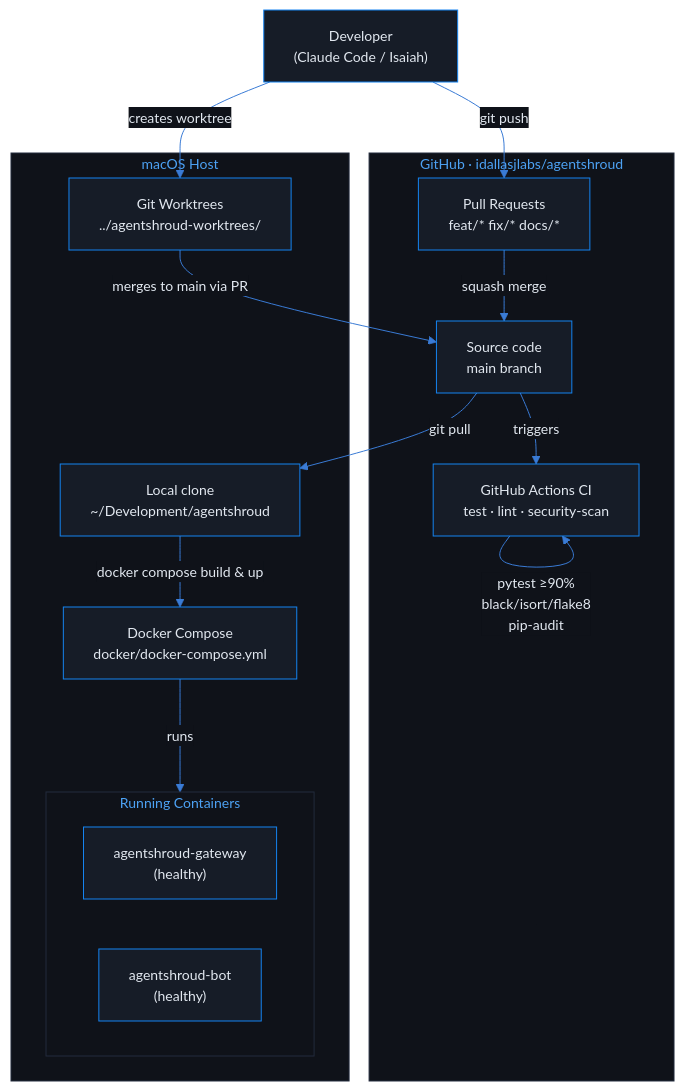
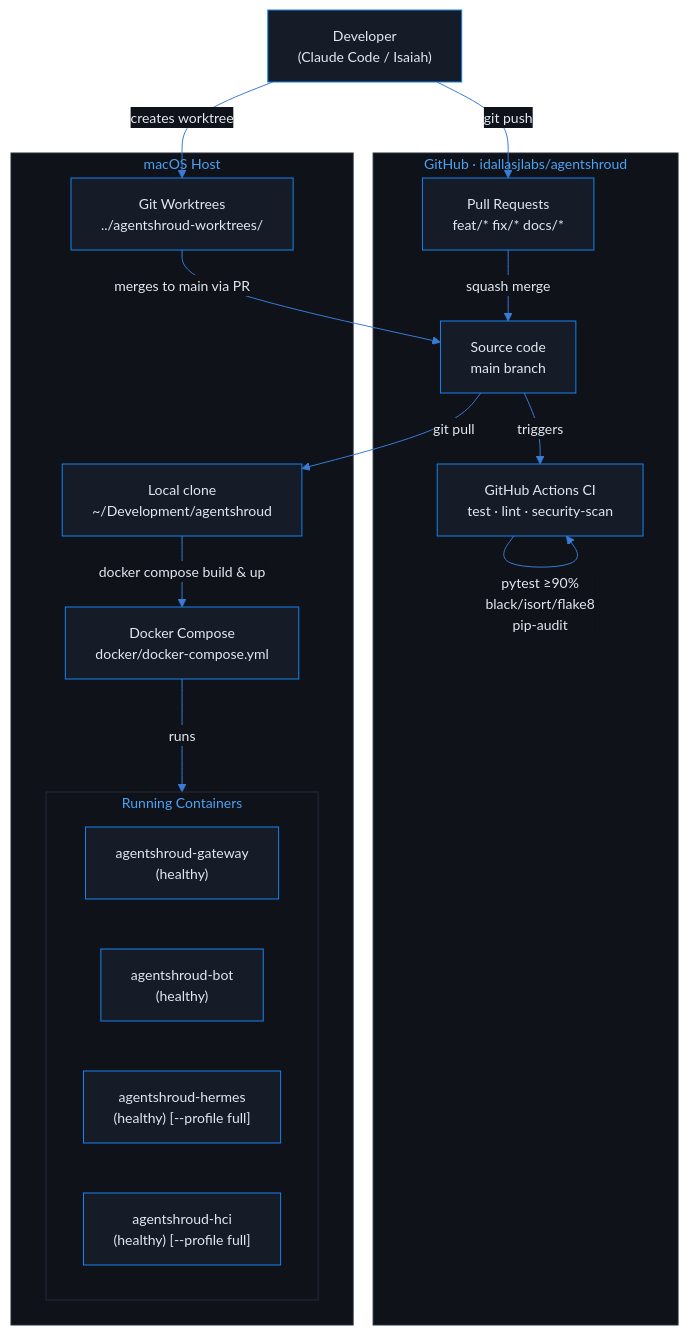
The third of 3 diagrams in docs/diagrams/02-infrastructure.md (idallasjlabs/agentshroud), drawn with Mermaid before and after one commit. The commit also changed other lines of this file and 53 other files, not shown here.

````diff
--- a/docs/diagrams/02-infrastructure.md
+++ b/docs/diagrams/02-infrastructure.md
@@ -106,32 +115,34 @@
 ```mermaid
 %%{init: {'theme': 'base', 'themeVariables': {'primaryColor': '#161c27', 'primaryTextColor': '#e2e8f0', 'primaryBorderColor': '#1583f0', 'lineColor': '#3a7bd5', 'secondaryColor': '#0f1219', 'tertiaryColor': '#08090b', 'background': '#08090b', 'mainBkg': '#161c27', 'nodeBorder': '#1583f0', 'clusterBkg': '#0f1219', 'clusterBorder': '#232b3d', 'titleColor': '#4da2f4', 'edgeLabelBackground': '#0f1219', 'fontFamily': 'Inter, system-ui, sans-serif', 'fontSize': '14px'}}}%%
 graph TB
     subgraph GitHub["GitHub  ·  idallasjlabs/agentshroud"]
         REPO["Source code\nmain branch"]
         CI["GitHub Actions CI\ntest · lint · security-scan"]
         PR["Pull Requests\nfeat/* fix/* docs/*"]
     end
 
     subgraph MacOS["macOS Host"]
         CLONE["Local clone\n~/Development/agentshroud"]
         WORKTREES["Git Worktrees\n../agentshroud-worktrees/<branch>"]
         DC["Docker Compose\ndocker/docker-compose.yml"]
 
         subgraph Running["Running Containers"]
             GW_C["agentshroud-gateway\n(healthy)"]
             BOT_C["agentshroud-bot\n(healthy)"]
+            HERMES_C["agentshroud-hermes\n(healthy) [--profile full]"]
+            HCI_C["agentshroud-hci\n(healthy) [--profile full]"]
         end
     end
 
     DEV["Developer\n(Claude Code / Isaiah)"] -->|"git push"| PR
     PR -->|"squash merge"| REPO
     REPO -->|"triggers"| CI
     CI -->|"pytest ≥90%\nblack/isort/flake8\npip-audit"| CI
 
     REPO -->|"git pull"| CLONE
     CLONE -->|"docker compose build & up"| DC
     DC -->|"runs"| Running
 
     DEV -->|"creates worktree"| WORKTREES
     WORKTREES -->|"merges to main via PR"| REPO
 ```
````
